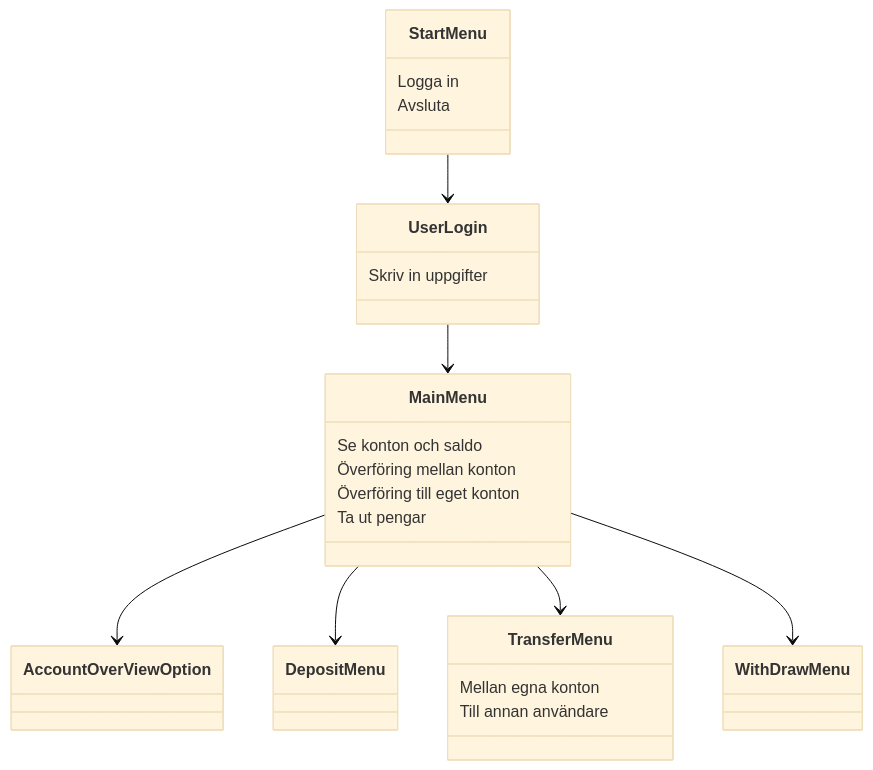
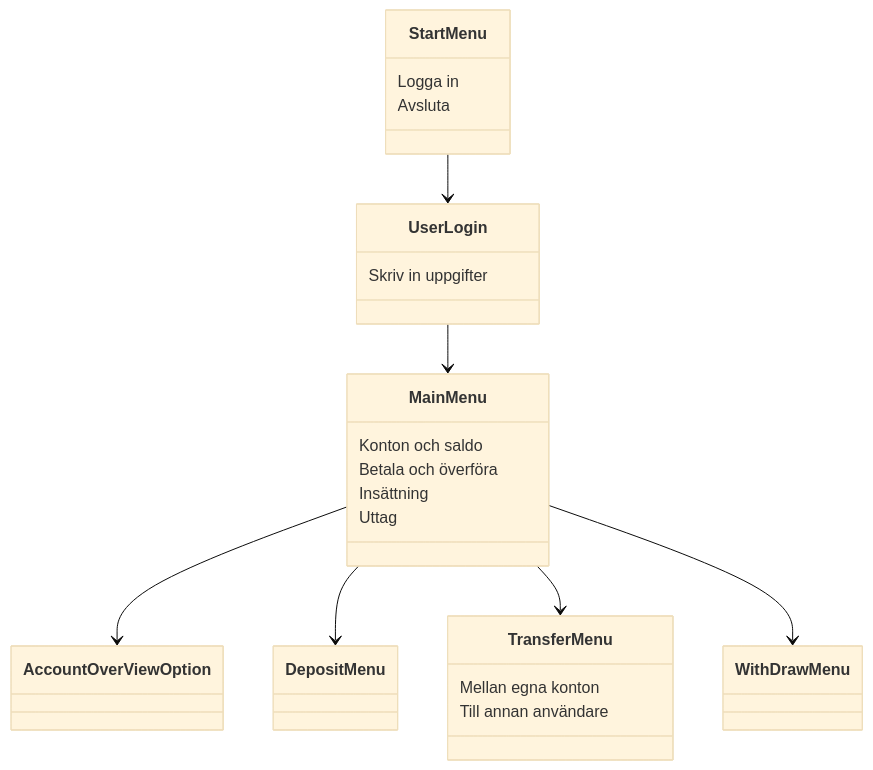
One commit to Volodymyr-Petrunin/Bankomaten changed the diagram in README.md. Above: the diagram before and after it, drawn with Mermaid (base theme).

Commit message:
Update menu options in README.md

````diff
--- a/README.md
+++ b/README.md
@@ -22,30 +22,30 @@
 ```mermaid
 classDiagram
     class StartMenu {
         Logga in
         Avsluta
     }
     class UserLogin {
         Skriv in uppgifter
     }
     class MainMenu{
-        Se konton och saldo
-        Överföring mellan konton
-        Överföring till eget konton
-        Ta ut pengar
+        Konton och saldo
+        Betala och överföra
+        Insättning
+        Uttag
     }
     class AccountOverViewOption
     class DepositMenu
     class TransferMenu{
         Mellan egna konton
         Till annan användare
     }
     class WithDrawMenu
 
     StartMenu --> UserLogin
     UserLogin --> MainMenu
     MainMenu --> AccountOverViewOption
     MainMenu --> DepositMenu
     MainMenu --> TransferMenu
     MainMenu --> WithDrawMenu
 ```
````
